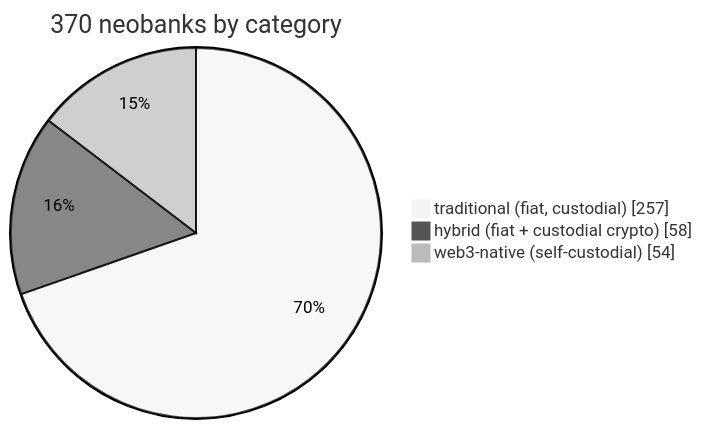
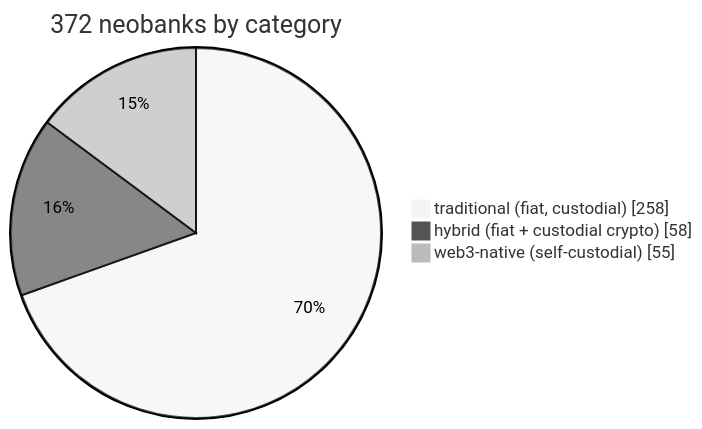
The first of 3 diagrams in README.md (andreolf/neobankbeat), drawn with Mermaid (neutral theme) before and after one commit. The commit also changed other lines of this file and 758 other files, not shown here.

````diff
--- a/README.md
+++ b/README.md
@@ -41,6 +41,6 @@
 ```mermaid
-pie showData title 370 neobanks by category
-    "traditional (fiat, custodial)" : 257
+pie showData title 372 neobanks by category
+    "traditional (fiat, custodial)" : 258
     "hybrid (fiat + custodial crypto)" : 58
-    "web3-native (self-custodial)" : 54
+    "web3-native (self-custodial)" : 55
 ```
````
